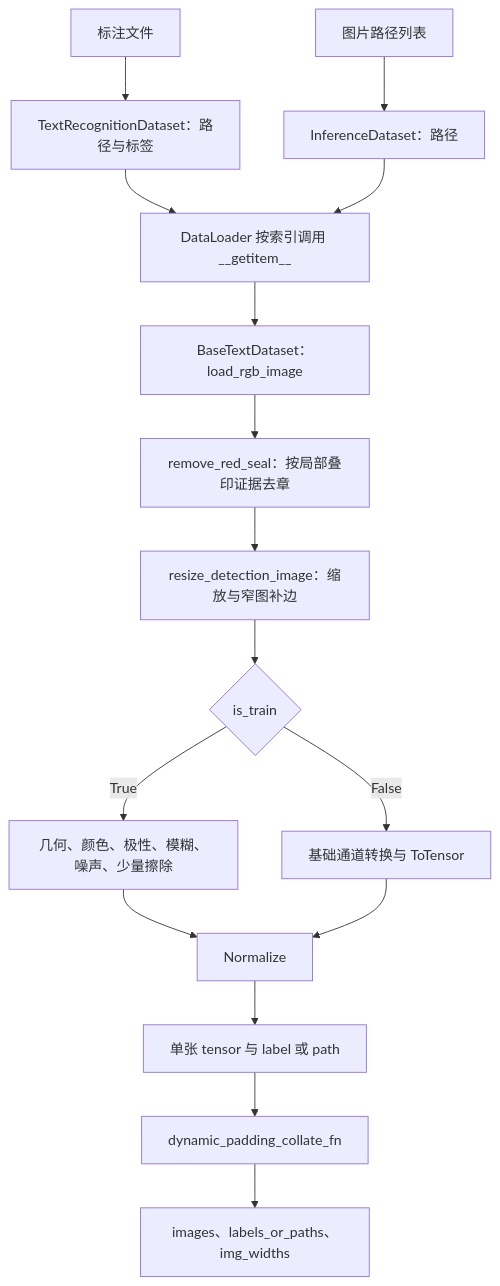
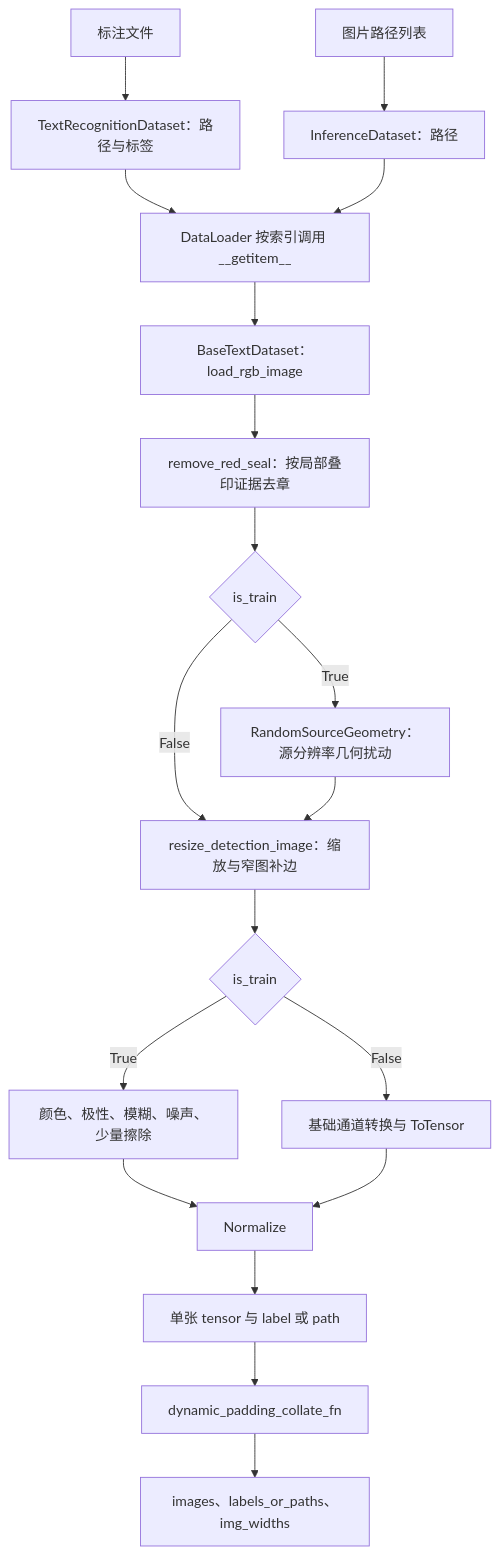
The first of 2 diagrams in docs/recogniton/guides/code-walkthrough/dataset-analysis.md (MAKENOTES/ocr-web), drawn with Mermaid before and after one commit. The commit also changed other lines of this file and 11 other files, not shown here.

````diff
--- a/docs/recogniton/guides/code-walkthrough/dataset-analysis.md
+++ b/docs/recogniton/guides/code-walkthrough/dataset-analysis.md
@@ -45,18 +45,21 @@
 ```mermaid
 flowchart TD
     ANN["标注文件"] --> TD["TextRecognitionDataset：路径与标签"]
     PATHS["图片路径列表"] --> ID["InferenceDataset：路径"]
     TD --> GET["DataLoader 按索引调用 __getitem__"]
     ID --> GET
     GET --> LOAD["BaseTextDataset：load_rgb_image"]
     LOAD --> SEAL["remove_red_seal：按局部叠印证据去章"]
-    SEAL --> SIZE["resize_detection_image：缩放与窄图补边"]
+    SEAL --> GEO{"is_train"}
+    GEO -->|True| SRC["RandomSourceGeometry：源分辨率几何扰动"]
+    GEO -->|False| SIZE["resize_detection_image：缩放与窄图补边"]
+    SRC --> SIZE
     SIZE --> TRAIN{"is_train"}
-    TRAIN -->|True| AUG["几何、颜色、极性、模糊、噪声、少量擦除"]
+    TRAIN -->|True| AUG["颜色、极性、模糊、噪声、少量擦除"]
     TRAIN -->|False| BASIC["基础通道转换与 ToTensor"]
     AUG --> NORM["Normalize"]
     BASIC --> NORM
     NORM --> SAMPLE["单张 tensor 与 label 或 path"]
     SAMPLE --> COLLATE["dynamic_padding_collate_fn"]
     COLLATE --> OUT["images、labels_or_paths、img_widths"]
 ```
````
